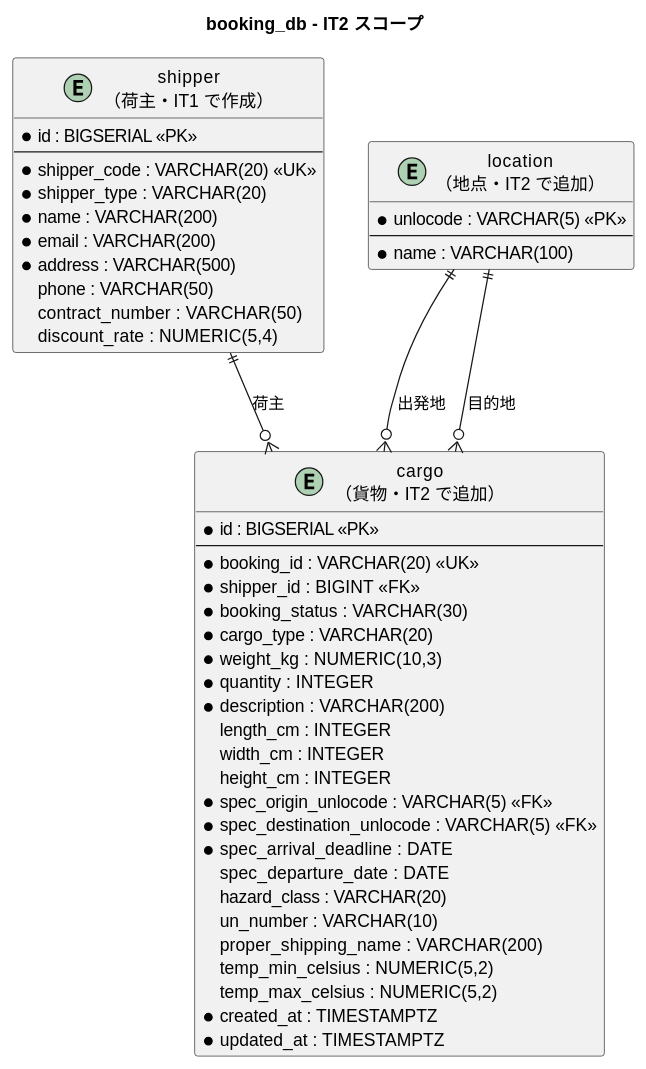
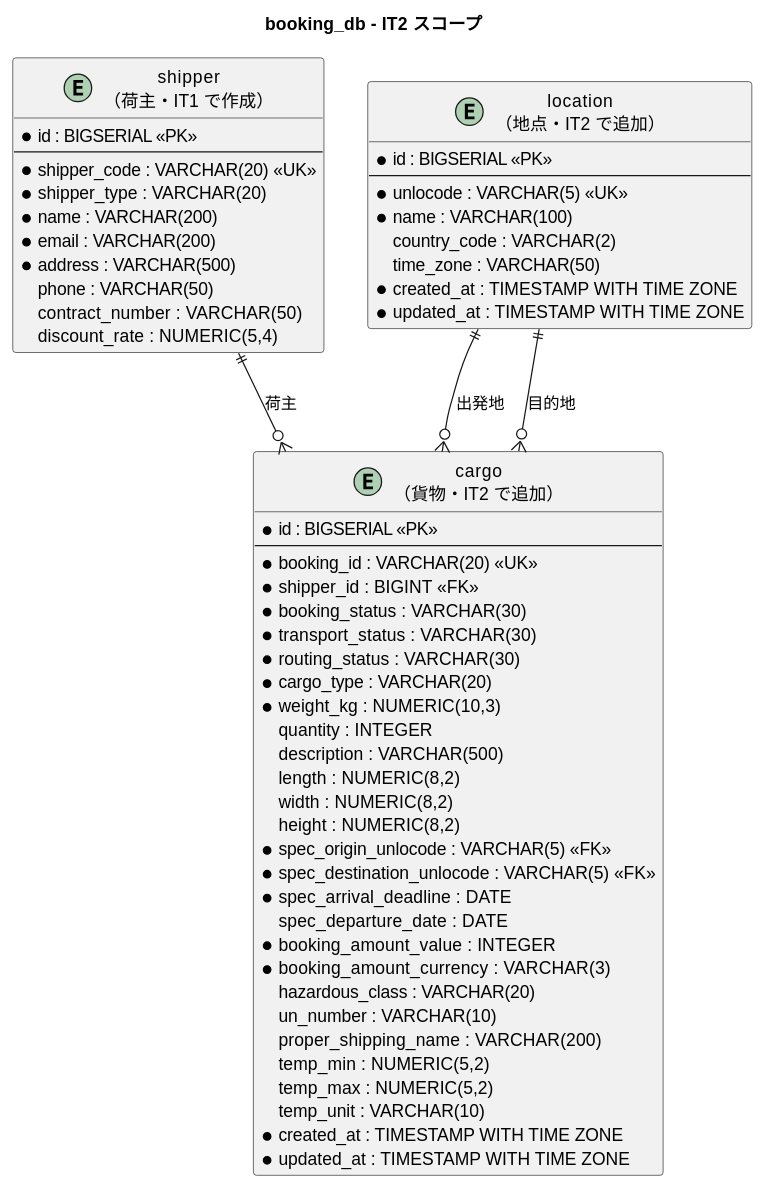
The third of 4 diagrams in docs/development/iteration_plan-2.md (k2works/case-study-cargo-tracker), drawn with PlantUML before and after one commit. The commit also changed other lines of this file and 1 other file, not shown here.

````diff
--- a/docs/development/iteration_plan-2.md
+++ b/docs/development/iteration_plan-2.md
@@ -179,54 +184,64 @@
 ```plantuml
 @startuml
 title booking_db - IT2 スコープ
 
 entity "shipper\n（荷主・IT1 で作成）" as shipper {
   * id : BIGSERIAL <<PK>>
   --
   * shipper_code : VARCHAR(20) <<UK>>
   * shipper_type : VARCHAR(20)
   * name : VARCHAR(200)
   * email : VARCHAR(200)
   * address : VARCHAR(500)
   phone : VARCHAR(50)
   contract_number : VARCHAR(50)
   discount_rate : NUMERIC(5,4)
 }
 
 entity "location\n（地点・IT2 で追加）" as location {
-  * unlocode : VARCHAR(5) <<PK>>
+  * id : BIGSERIAL <<PK>>
   --
+  * unlocode : VARCHAR(5) <<UK>>
   * name : VARCHAR(100)
+  country_code : VARCHAR(2)
+  time_zone : VARCHAR(50)
+  * created_at : TIMESTAMP WITH TIME ZONE
+  * updated_at : TIMESTAMP WITH TIME ZONE
 }
 
 entity "cargo\n（貨物・IT2 で追加）" as cargo {
   * id : BIGSERIAL <<PK>>
   --
   * booking_id : VARCHAR(20) <<UK>>
   * shipper_id : BIGINT <<FK>>
   * booking_status : VARCHAR(30)
+  * transport_status : VARCHAR(30)
+  * routing_status : VARCHAR(30)
   * cargo_type : VARCHAR(20)
   * weight_kg : NUMERIC(10,3)
-  * quantity : INTEGER
-  * description : VARCHAR(200)
-  length_cm : INTEGER
-  width_cm : INTEGER
-  height_cm : INTEGER
+  quantity : INTEGER
+  description : VARCHAR(500)
+  length : NUMERIC(8,2)
+  width : NUMERIC(8,2)
+  height : NUMERIC(8,2)
   * spec_origin_unlocode : VARCHAR(5) <<FK>>
   * spec_destination_unlocode : VARCHAR(5) <<FK>>
   * spec_arrival_deadline : DATE
   spec_departure_date : DATE
-  hazard_class : VARCHAR(20)
+  * booking_amount_value : INTEGER
+  * booking_amount_currency : VARCHAR(3)
+  hazardous_class : VARCHAR(20)
   un_number : VARCHAR(10)
   proper_shipping_name : VARCHAR(200)
-  temp_min_celsius : NUMERIC(5,2)
-  temp_max_celsius : NUMERIC(5,2)
-  * created_at : TIMESTAMPTZ
-  * updated_at : TIMESTAMPTZ
+  temp_min : NUMERIC(5,2)
+  temp_max : NUMERIC(5,2)
+  temp_unit : VARCHAR(10)
+  * created_at : TIMESTAMP WITH TIME ZONE
+  * updated_at : TIMESTAMP WITH TIME ZONE
 }
 
 shipper ||--o{ cargo : "荷主"
 location ||--o{ cargo : "出発地"
 location ||--o{ cargo : "目的地"
 @enduml
 ```
````
